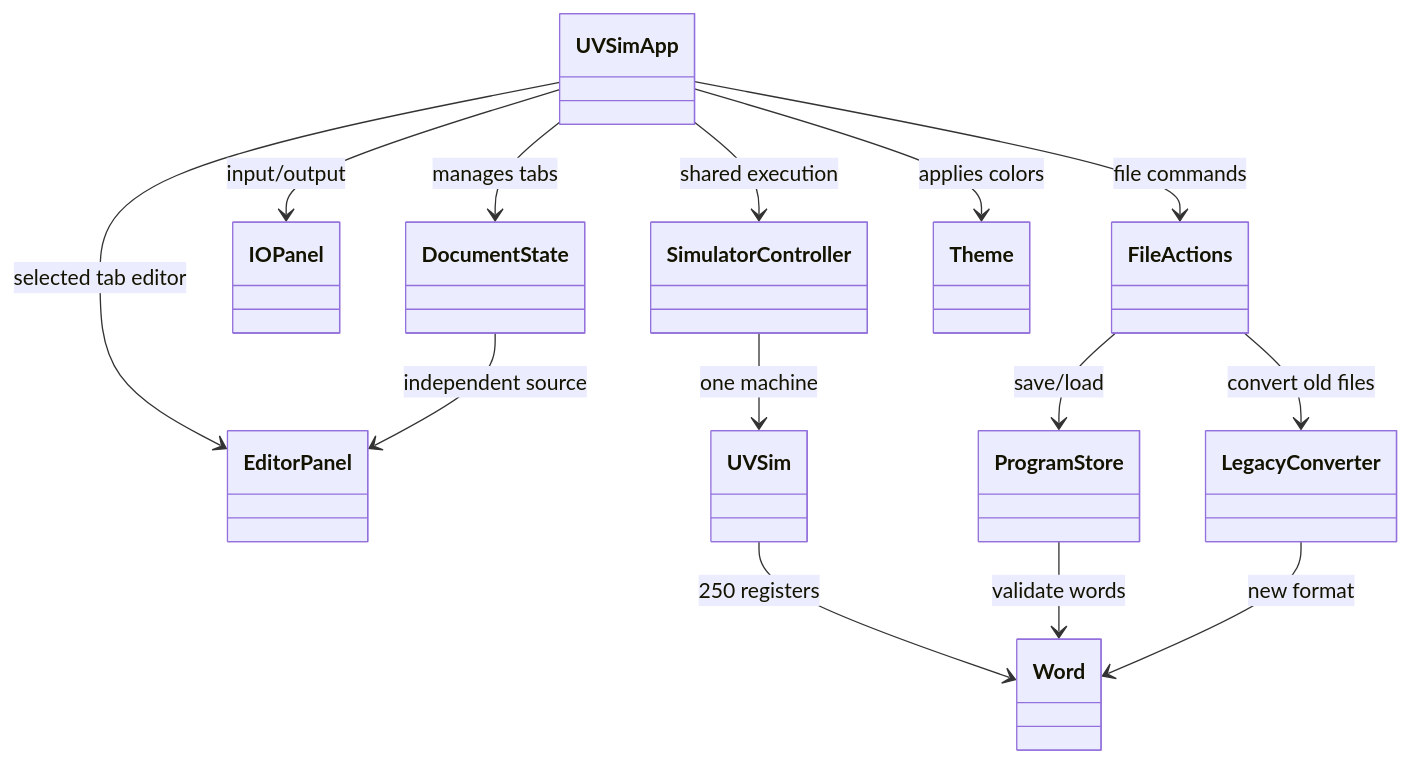
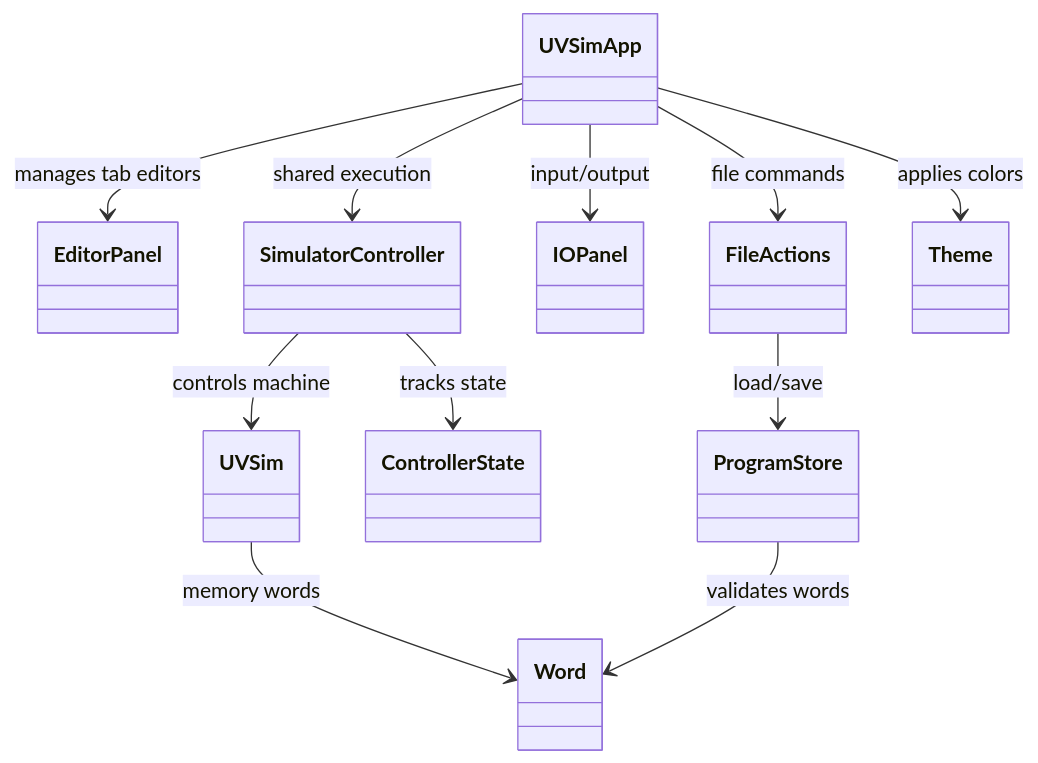
One commit to hchatwin-uvu/UVSim changed the diagram in Milestone 5/class-definitions.md. Above: the diagram before and after it, drawn with Mermaid.

Commit message:
Update Milestone 5 class diagram for integrated GUI

````diff
--- a/Milestone 5/class-definitions.md
+++ b/Milestone 5/class-definitions.md
@@ -7,16 +7,13 @@
 ```mermaid
 classDiagram
-    UVSimApp --> EditorPanel : selected tab editor
+    UVSimApp --> EditorPanel : manages tab editors
     UVSimApp --> FileActions : file commands
     UVSimApp --> IOPanel : input/output
     UVSimApp --> SimulatorController : shared execution
-    UVSimApp --> DocumentState : manages tabs
-    FileActions --> ProgramStore : save/load
-    FileActions --> LegacyConverter : convert old files
-    DocumentState --> EditorPanel : independent source
-    SimulatorController --> UVSim : one machine
-    UVSim --> Word : 250 registers
-    ProgramStore --> Word : validate words
-    LegacyConverter --> Word : new format
+    FileActions --> ProgramStore : load/save
+    SimulatorController --> ControllerState : tracks state
+    SimulatorController --> UVSim : controls machine
+    UVSim --> Word : memory words
+    ProgramStore --> Word : validates words
     UVSimApp --> Theme : applies colors
 ```
````
